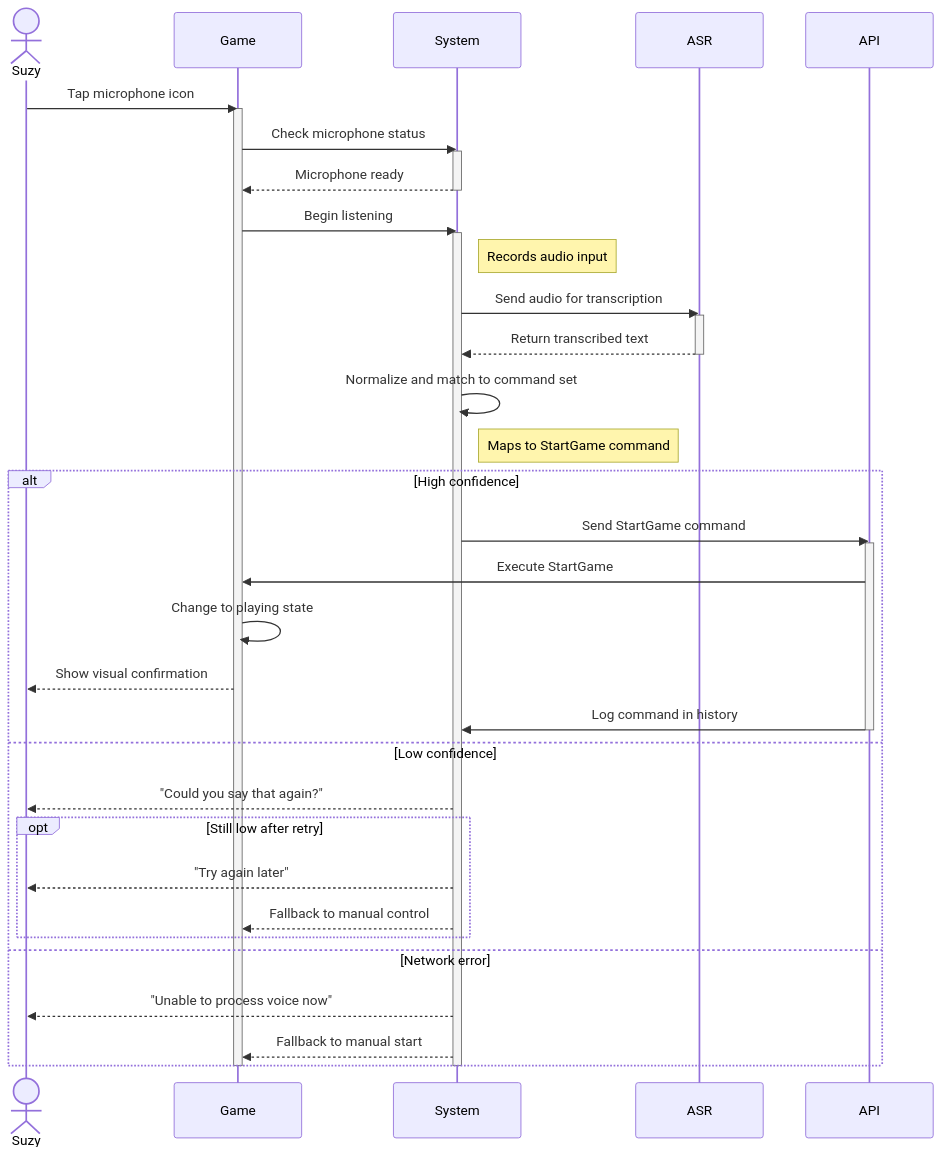
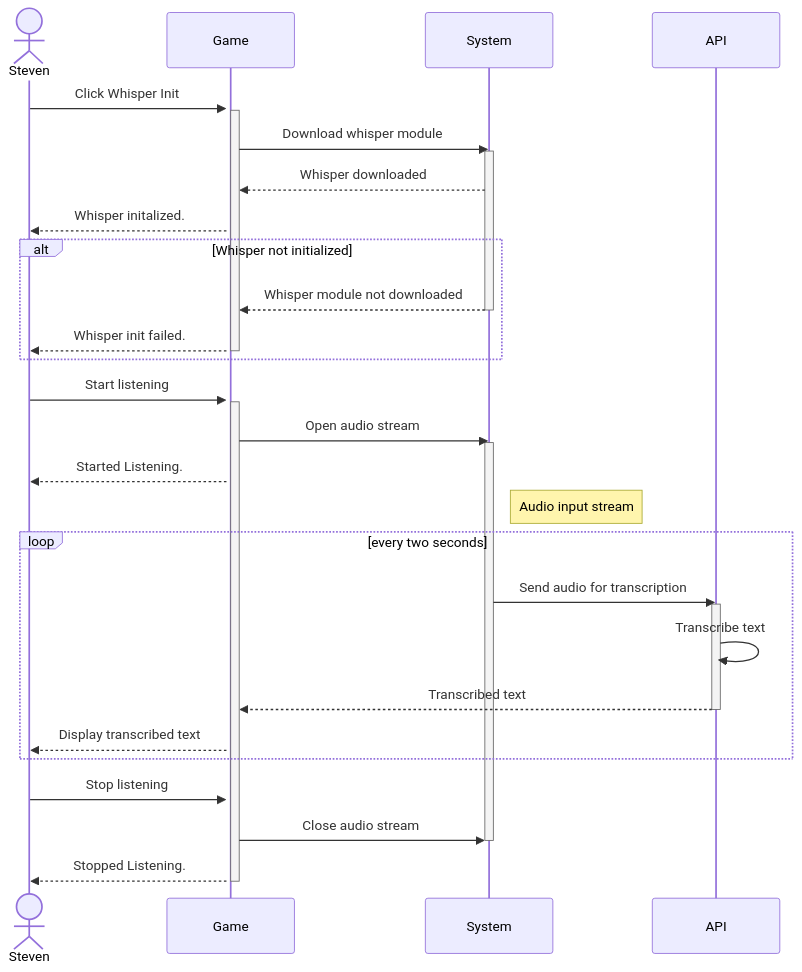
One commit to Capstone-Projects-2025-Fall/project-001-aac-api changed the first of 9 diagrams in documentation/docs/system-architecture/sequence-diagrams.md. Above: the diagram before and after it, drawn with Mermaid. The commit also changed other lines of this file and 1 other file, not shown here.

Commit message:
Update Use Case 1 and redraw sequence diagrams

````diff
--- a/documentation/docs/system-architecture/sequence-diagrams.md
+++ b/documentation/docs/system-architecture/sequence-diagrams.md
@@ -32,47 +9,42 @@
 ```mermaid
 sequenceDiagram
-    actor Suzy
+    actor Steven
     participant Game
     participant System
-    participant ASR
     participant API
     
-    Suzy->>Game: Tap microphone icon
     activate Game
-    Game->>System: Check microphone status
+    Steven->>Game: Click Whisper Init
+    activate Game
+    Game->>System: Download whisper module
     activate System
-    System-->>Game: Microphone ready
+    System-->>Game: Whisper downloaded
+    Game-->>Steven: Whisper initalized.
+        
+    alt Whisper not initialized
+        System-->>Game: Whisper module not downloaded
+        deactivate System
+        Game-->> Steven: Whisper init failed.
+        deactivate Game
+    end
+
+    Steven->>Game: Start listening
+    activate Game
+    Game->>System: Open audio stream
+    activate System
+    Game-->>Steven: Started Listening.
+    Note right of System: Audio input stream
+    loop every two seconds
+        System->>API: Send audio for transcription
+        activate API
+        API->>API: Transcribe text
+        API-->>Game: Transcribed text
+        deactivate API
+        Game-->>Steven: Display transcribed text
+    end
+    Steven->>Game: Stop listening
+    Game->>System: Close audio stream
     deactivate System
-
-    Game->>System: Begin listening
-    activate System
-    Note right of System: Records audio input
-    System->>ASR: Send audio for transcription
-    activate ASR
-    ASR-->>System: Return transcribed text
-    deactivate ASR
-
-    System->>System: Normalize and match to command set
-    Note right of System: Maps to StartGame command
-    
-    alt High confidence
-        System->>API: Send StartGame command
-        activate API
-        API->>Game: Execute StartGame
-        Game->>Game: Change to playing state
-        Game-->>Suzy: Show visual confirmation
-        API->>System: Log command in history
-        deactivate API
-    else Low confidence
-        System-->>Suzy: "Could you say that again?"
-        opt Still low after retry
-            System-->>Suzy: "Try again later"
-            System-->>Game: Fallback to manual control
-        end
-    else Network error
-        System-->>Suzy: "Unable to process voice now"
-        System-->>Game: Fallback to manual start
-    end
-    deactivate System
+    Game-->>Steven: Stopped Listening.
     deactivate Game
 ```
````
